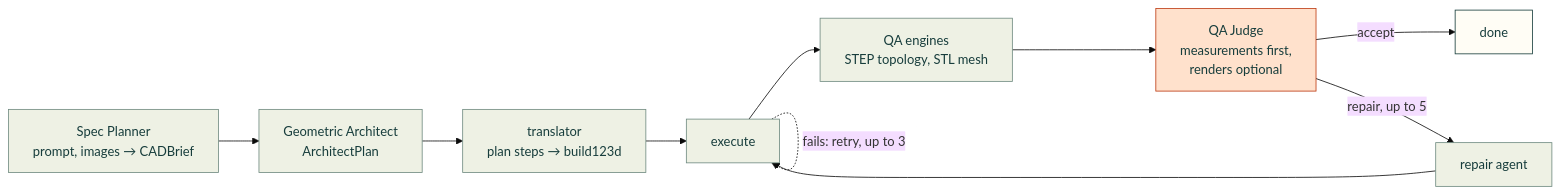
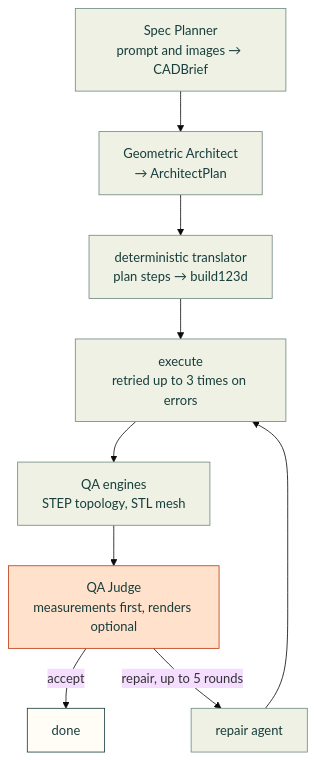
Before and after one commit to Valpatel/cad-agent: the first of 2 diagrams in research/design-workflows.md, drawn with Mermaid (base theme). The commit also changed 3 other files, not shown here.

````diff
--- a/research/design-workflows.md
+++ b/research/design-workflows.md
@@ -60,18 +60,17 @@
 ```mermaid
-flowchart LR
-    P["Spec Planner<br/>prompt, images → CADBrief"] --> A["Geometric Architect<br/>ArchitectPlan"]
-    A --> T["translator<br/>plan steps → build123d"]
-    T --> X["execute"]
+flowchart TD
+    P["Spec Planner<br/>prompt and images → CADBrief"] --> A["Geometric Architect<br/>→ ArchitectPlan"]
+    A --> T["deterministic translator<br/>plan steps → build123d"]
+    T --> X["execute<br/>retried up to 3 times on errors"]
     X --> Q["QA engines<br/>STEP topology, STL mesh"]
-    Q --> J["QA Judge<br/>measurements first,<br/>renders optional"]
+    Q --> J["QA Judge<br/>measurements first, renders optional"]
     J -->|"accept"| D["done"]
-    J -->|"repair, up to 5"| R["repair agent"]
+    J -->|"repair, up to 5 rounds"| R["repair agent"]
     R --> X
-    X -.->|"fails: retry, up to 3"| X
     classDef here fill:#fffdf5,stroke:#173d3c,color:#173d3c
     classDef near fill:#eef1e4,stroke:#6f8a80,color:#173d3c
     classDef out fill:#ffe1cc,stroke:#bd3a12,color:#173d3c
     class P,A,T,X,Q,R near
     class J out
     class D here
 ```
````
